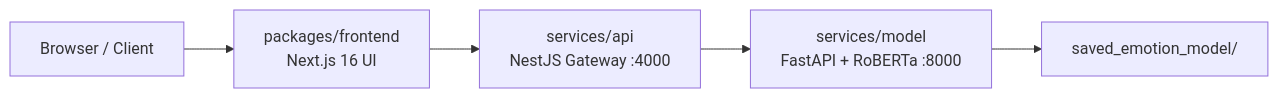
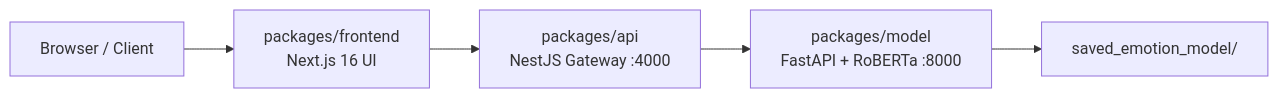
One commit to engrsakib/GoEmotions-RoBERTa-XAI changed the diagram in README.md. Above: the diagram before and after it, drawn with Mermaid. The commit also changed other lines of this file and 29 other files, not shown here.

````diff
--- a/README.md
+++ b/README.md
@@ -14,7 +14,7 @@
 ```mermaid
 flowchart LR
   User[Browser / Client] --> Frontend[packages/frontend\nNext.js 16 UI]
-  Frontend --> API[services/api\nNestJS Gateway :4000]
-  API --> Model[services/model\nFastAPI + RoBERTa :8000]
+  Frontend --> API[packages/api\nNestJS Gateway :4000]
+  API --> Model[packages/model\nFastAPI + RoBERTa :8000]
   Model --> Weights[saved_emotion_model/]
 ```
````
